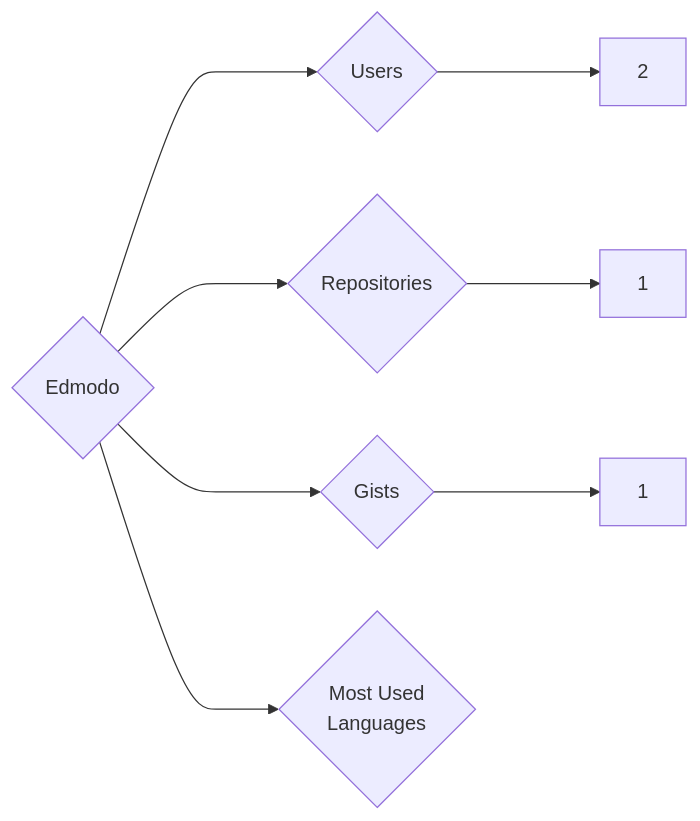
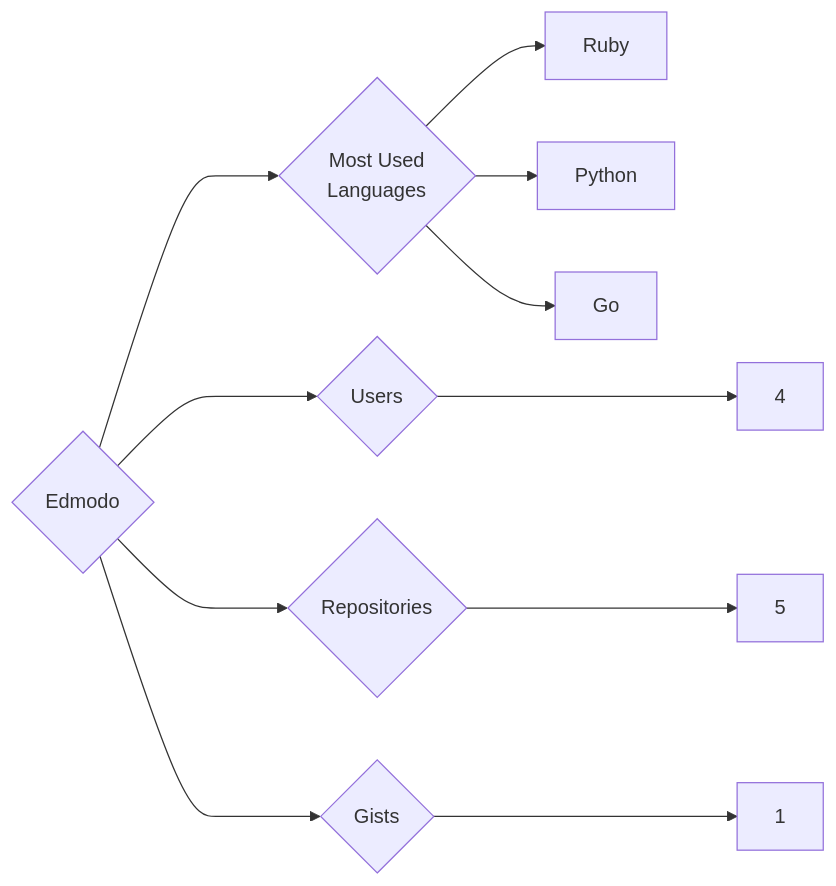
Before and after one commit to trickest/insiders: the diagram in targets/Edmodo/README.md, drawn with Mermaid. The commit also changed 888 other files, not shown here.

````diff
--- a/targets/Edmodo/README.md
+++ b/targets/Edmodo/README.md
@@ -3,8 +3,11 @@
 ```mermaid
 graph LR
 COMPANY_NAME{Edmodo}
-COMPANY_NAME ---> U{Users} ---> UN[2]
-COMPANY_NAME ---> R{Repositories} ---> RN[1]
+COMPANY_NAME ---> U{Users} ---> UN[4]
+COMPANY_NAME ---> R{Repositories} ---> RN[5]
 COMPANY_NAME ---> G{Gists} ---> GN[1]
 COMPANY_NAME ---> ML{Most Used<br>Languages}
+ML --> Ruby[Ruby]
+ML --> Python[Python]
+ML --> Go[Go]
 ```
````
